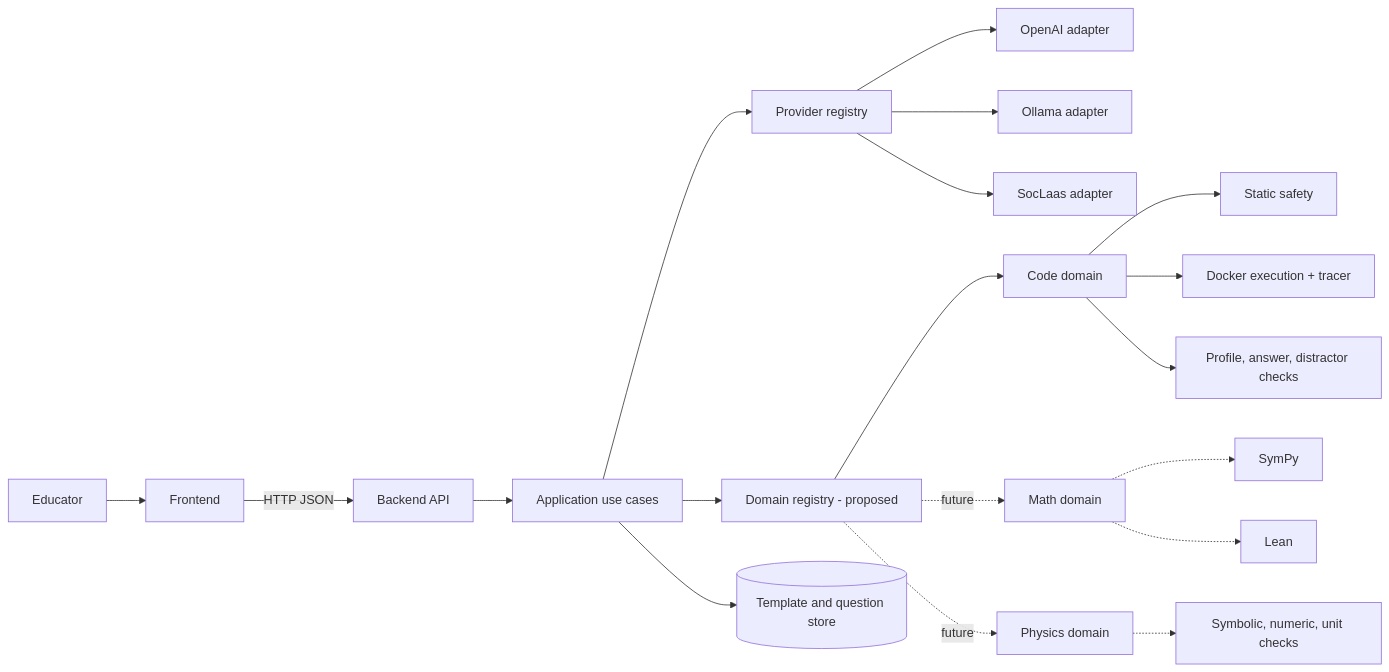
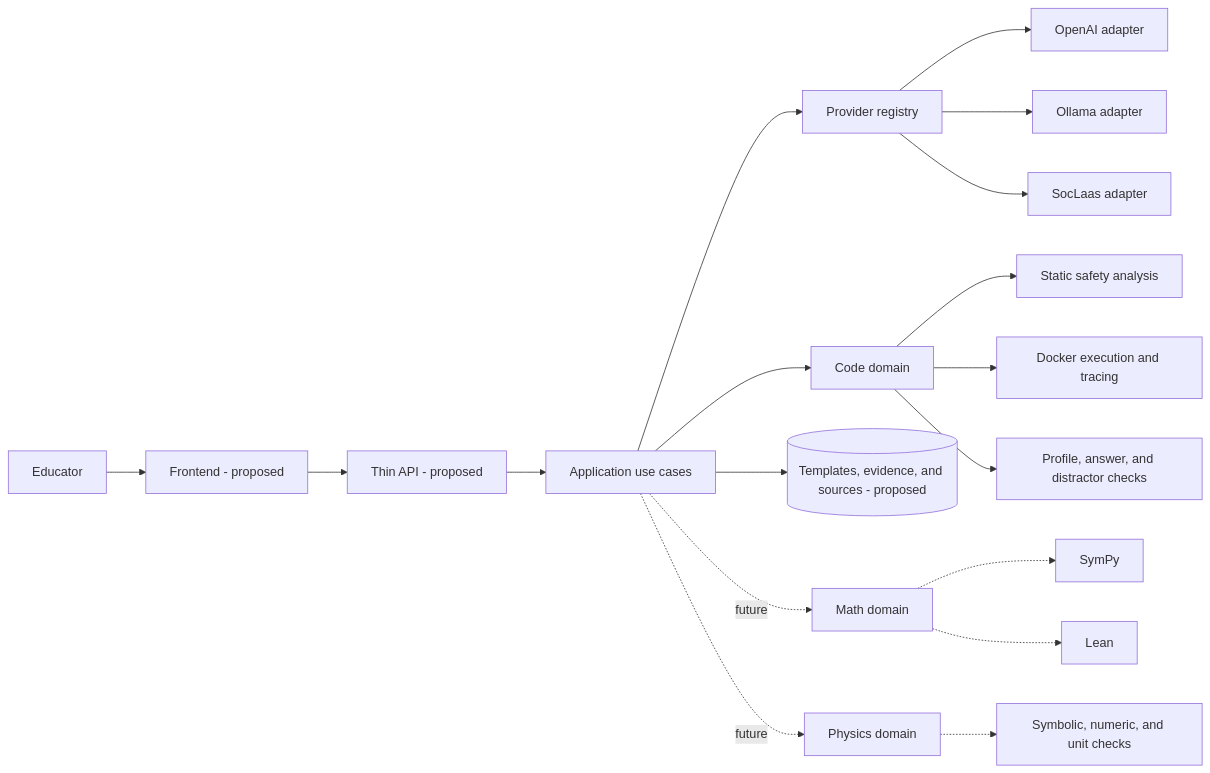
Before and after one commit to edcraft-org/ai: the first of 2 diagrams in PROJECT_PROPOSAL.md, drawn with Mermaid. The commit also changed other lines of this file and 1 other file, not shown here.

````diff
--- a/PROJECT_PROPOSAL.md
+++ b/PROJECT_PROPOSAL.md
@@ -76,25 +128,24 @@
 ```mermaid
 flowchart LR
-    U[Educator] --> FE[Frontend]
-    FE -->|HTTP JSON| API[Backend API]
+    E[Educator] --> UI[Frontend - proposed]
+    UI --> API[Thin API - proposed]
     API --> APP[Application use cases]
 
-    APP --> GR[Provider registry]
-    GR --> OA[OpenAI adapter]
-    GR --> OL[Ollama adapter]
-    GR --> SL[SocLaas adapter]
+    APP --> REG[Provider registry]
+    REG --> OA[OpenAI adapter]
+    REG --> OL[Ollama adapter]
+    REG --> SL[SocLaas adapter]
 
-    APP --> DR[Domain registry - proposed]
-    DR --> CD[Code domain]
-    DR -. future .-> MD[Math domain]
-    DR -. future .-> PD[Physics domain]
+    APP --> CODE[Code domain]
+    CODE --> SAFE[Static safety analysis]
+    CODE --> DOCKER[Docker execution and tracing]
+    CODE --> RULES[Profile, answer, and distractor checks]
 
-    CD --> SAFE[Static safety]
-    CD --> EXEC[Docker execution + tracer]
-    CD --> RULES[Profile, answer, distractor checks]
-    MD -.-> SYM[SymPy]
-    MD -.-> LEAN[Lean]
-    PD -.-> UNITS[Symbolic, numeric, unit checks]
+    APP --> STORE[(Templates, evidence, and sources - proposed)]
 
-    APP --> STORE[(Template and question store)]
+    APP -. future .-> MATH[Math domain]
+    MATH -.-> SYMPY[SymPy]
+    MATH -.-> LEAN[Lean]
+    APP -. future .-> PHYS[Physics domain]
+    PHYS -.-> PTOOLS[Symbolic, numeric, and unit checks]
 ```
````
